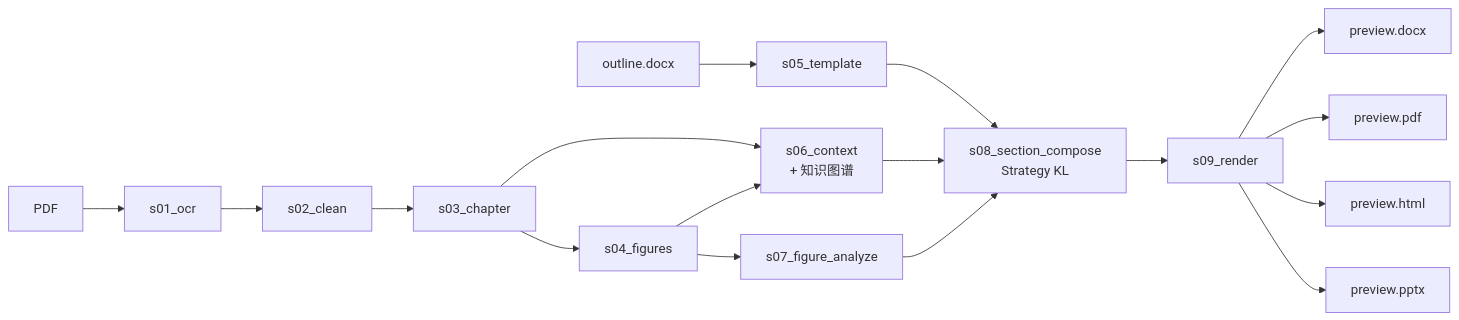
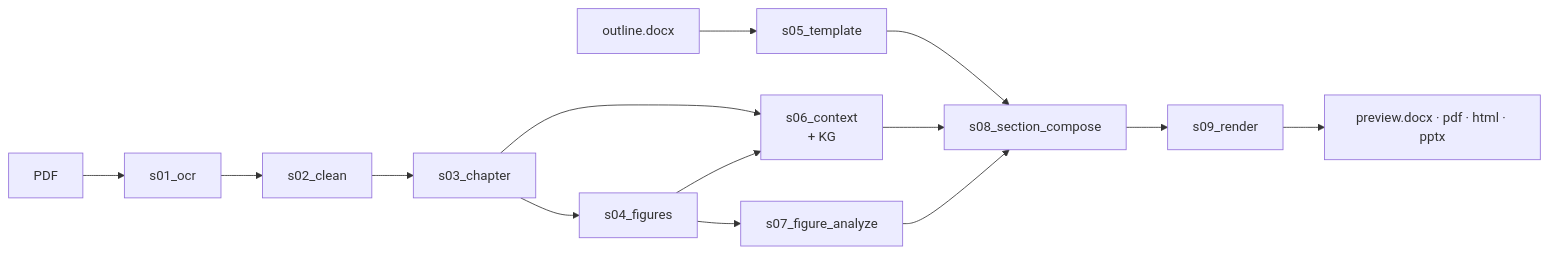
The diagram in README.zh.md (thematteroftime/lazy-paper), drawn with Mermaid before and after one commit. The commit also changed other lines of this file and 1 other file, not shown here.

````diff
--- a/README.zh.md
+++ b/README.zh.md
@@ -44,16 +26,13 @@
 ```mermaid
 flowchart LR
     PDF[PDF] --> S01[s01_ocr] --> S02[s02_clean] --> S03[s03_chapter] --> S04[s04_figures]
     TPL[outline.docx] --> S05[s05_template]
-    S03 --> S06[s06_context<br/>+ 知识图谱]
+    S03 --> S06[s06_context<br/>+ KG]
     S04 --> S06
     S04 --> S07[s07_figure_analyze]
     S05 --> S08
     S06 --> S08
-    S07 --> S08[s08_section_compose<br/>Strategy KL]
+    S07 --> S08[s08_section_compose]
     S08 --> S09[s09_render]
-    S09 --> DOCX[preview.docx]
-    S09 --> PDFo[preview.pdf]
-    S09 --> HTML[preview.html]
-    S09 --> PPTX[preview.pptx]
+    S09 --> OUT[preview.docx · pdf · html · pptx]
 ```
````
